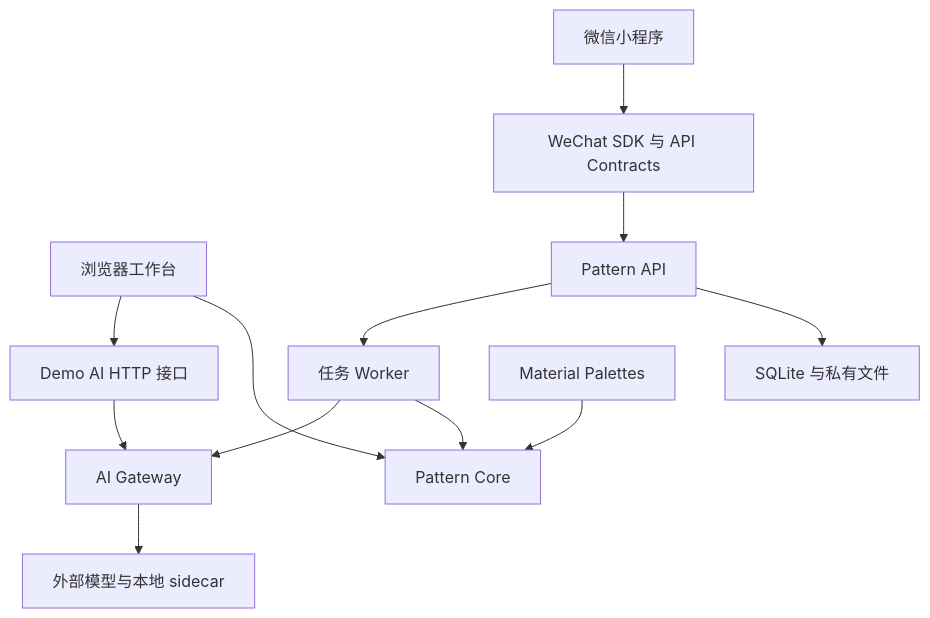
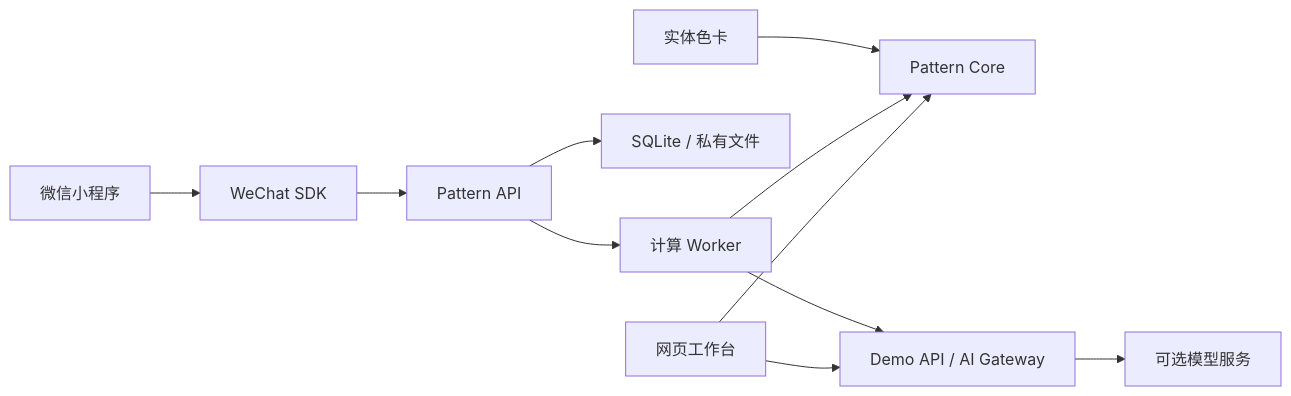
The diagram in docs/architecture.md (Teddytututu/ai-bead-pattern), drawn with Mermaid before and after one commit. The commit also changed other lines of this file and 41 other files, not shown here.

````diff
--- a/docs/architecture.md
+++ b/docs/architecture.md
@@ -7,14 +7,13 @@
-```mermaid
-flowchart TD
-  Demo[浏览器工作台] --> Core[Pattern Core]
-  Demo --> DemoAPI[Demo AI HTTP 接口]
-  Mini[微信小程序] --> SDK[WeChat SDK 与 API Contracts]
+~~~mermaid
+flowchart LR
+  Web[网页工作台] --> Core[Pattern Core]
+  Web --> Gateway[Demo API / AI Gateway]
+  Mini[微信小程序] --> SDK[WeChat SDK]
   SDK --> API[Pattern API]
-  API --> Store[SQLite 与私有文件]
-  API --> Worker[任务 Worker]
+  API --> Store[SQLite / 私有文件]
+  API --> Worker[计算 Worker]
   Worker --> Core
-  DemoAPI --> Gateway[AI Gateway]
   Worker --> Gateway
-  Gateway --> Models[外部模型与本地 sidecar]
-  Palettes[Material Palettes] --> Core
-```
+  Gateway --> Models[可选模型服务]
+  Palettes[实体色卡] --> Core
+~~~
````
